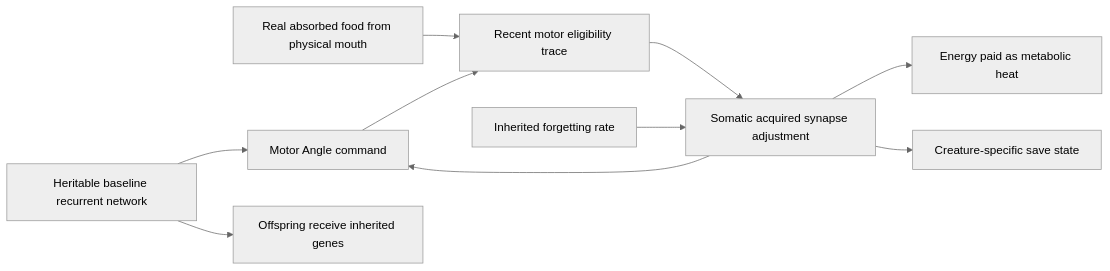
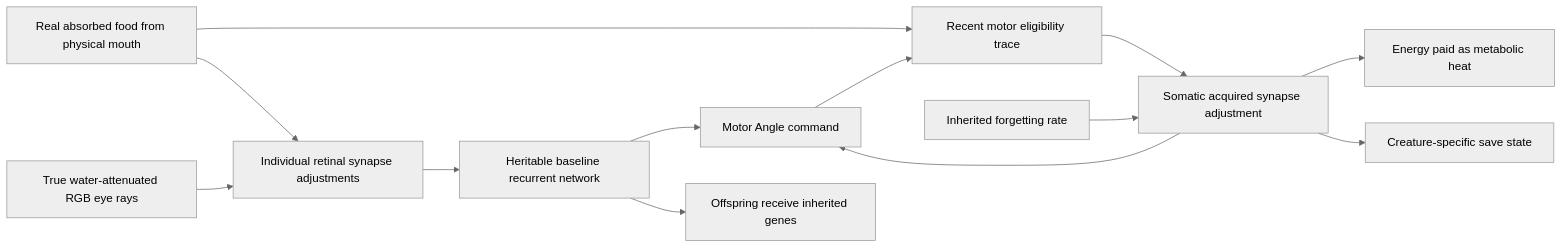
The diagram in docs/wiki/Waking-Learning.md (hernansgarro/vidAI), drawn with Mermaid (neutral theme) before and after one commit. The commit also changed other lines of this file and 4 other files, not shown here.

````diff
--- a/docs/wiki/Waking-Learning.md
+++ b/docs/wiki/Waking-Learning.md
@@ -16,12 +16,15 @@
 ```mermaid
 flowchart LR
   G[Heritable baseline recurrent network] --> A[Motor Angle command]
   R[Real absorbed food from physical mouth] --> E[Recent motor eligibility trace]
   A --> E
   E --> P[Somatic acquired synapse adjustment]
   P --> A
   P --> C[Energy paid as metabolic heat]
   F[Inherited forgetting rate] --> P
   P --> S[Creature-specific save state]
   G --> O[Offspring receive inherited genes]
+  V[True water-attenuated RGB eye rays] --> IH[Individual retinal synapse adjustments]
+  IH --> G
+  R --> IH
 ```
````
